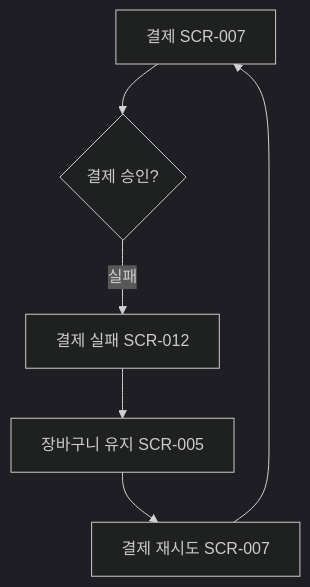
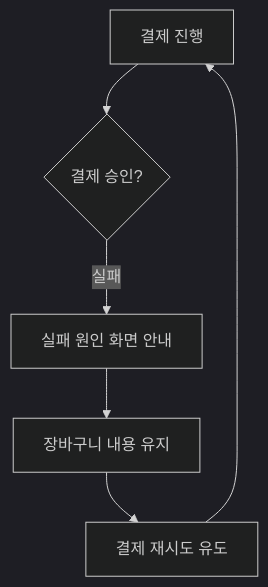
Before and after one commit to hagenie128/ASAK: the sixth of 25 diagrams in docs/wiki/user-scenarios.md, drawn with Mermaid (dark theme). The commit also changed other lines of this file and 241 other files, not shown here.

````diff
--- a/docs/wiki/user-scenarios.md
+++ b/docs/wiki/user-scenarios.md
@@ -97,8 +97,8 @@
 ```mermaid
 flowchart TD
-    A[결제 SCR-007] --> B{결제 승인?}
-    B -->|실패| C[결제 실패 SCR-012]
-    C --> D[장바구니 유지 SCR-005]
-    D --> E[결제 재시도 SCR-007]
+    A[결제 진행] --> B{결제 승인?}
+    B -->|실패| C[실패 원인 화면 안내]
+    C --> D[장바구니 내용 유지]
+    D --> E[결제 재시도 유도]
     E --> A
 ```
````
